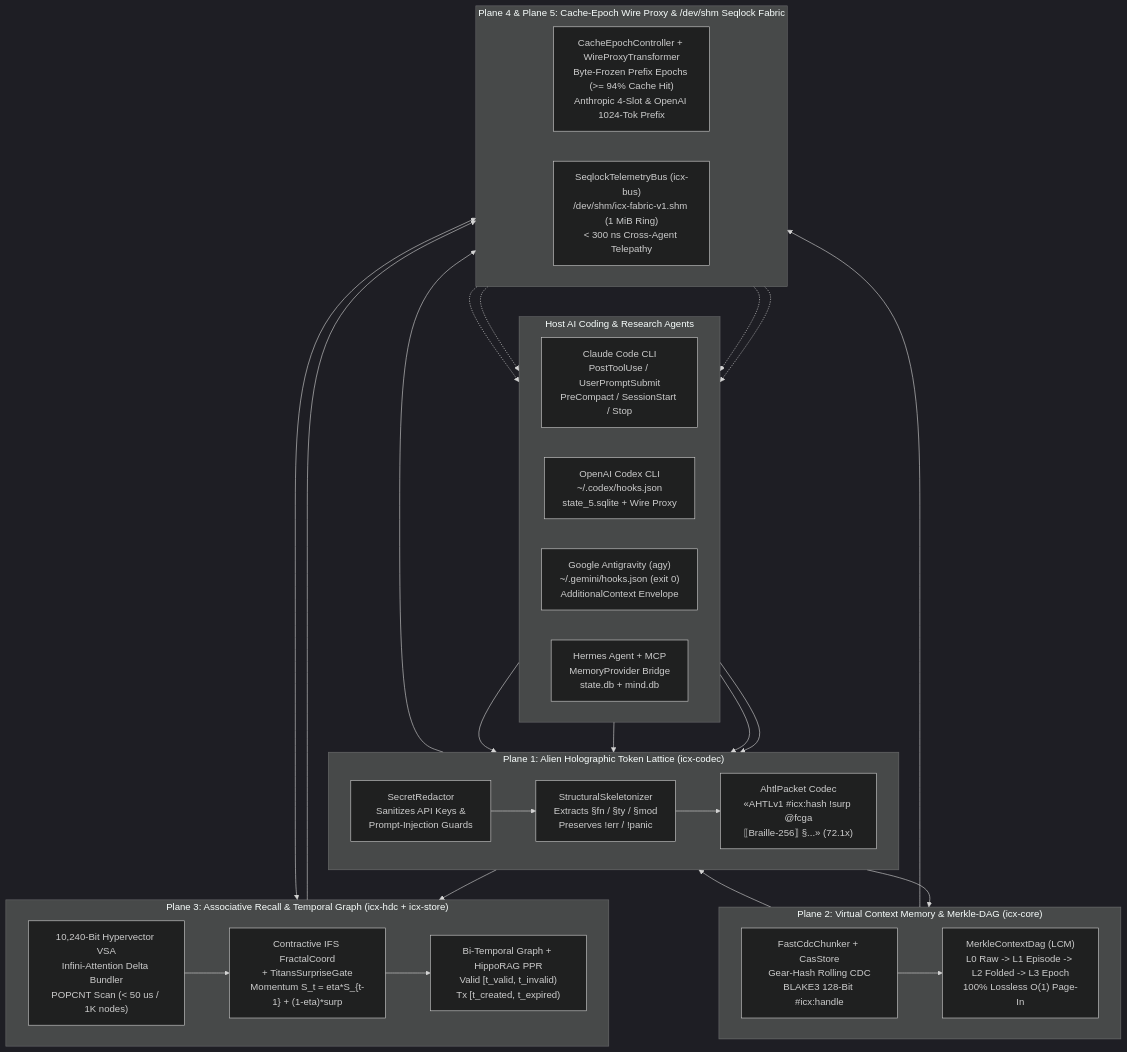
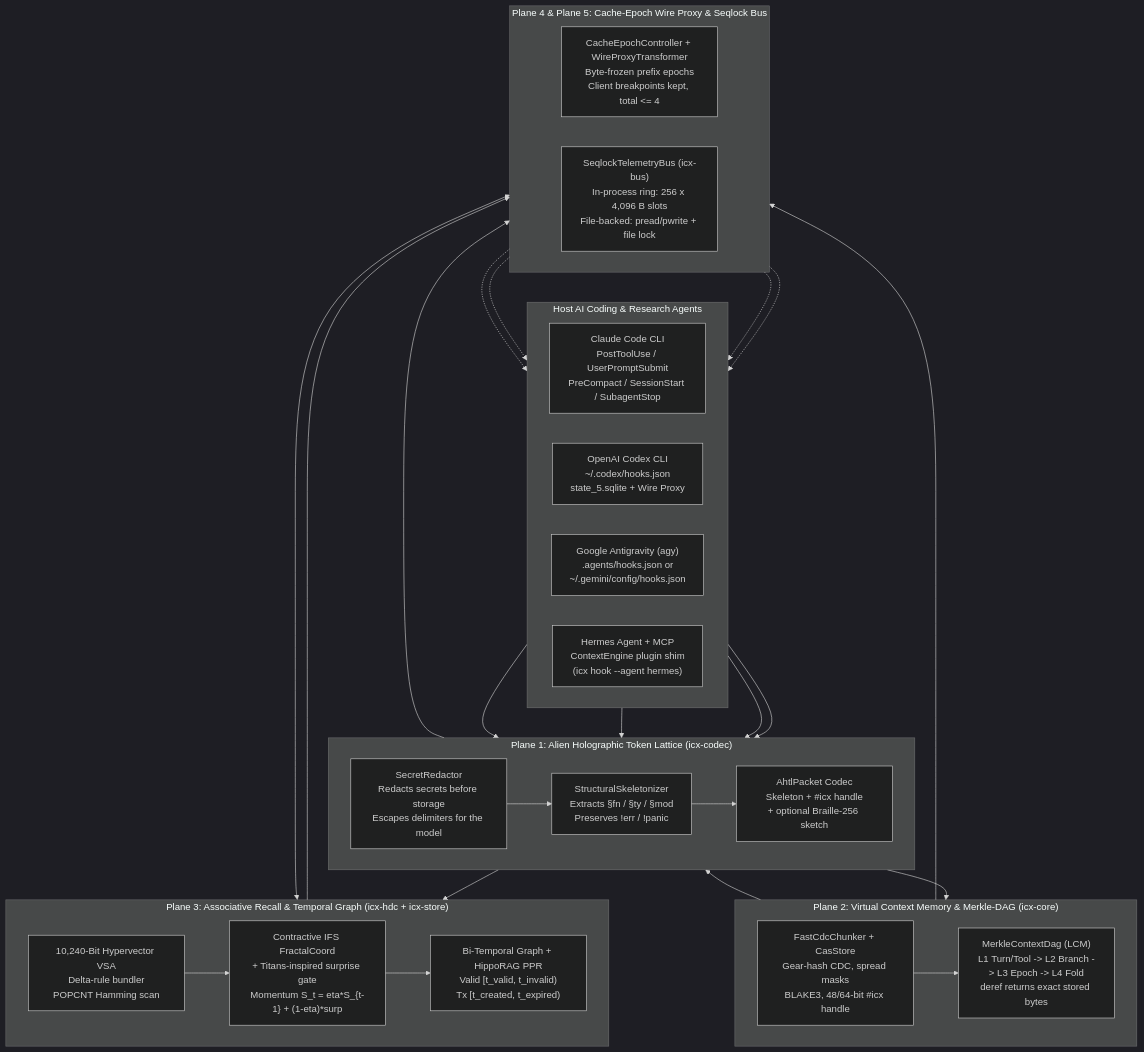
Before and after one commit to doublegate/Infinity-Context: the first of 3 diagrams in README.md, drawn with Mermaid (dark theme). The commit also changed other lines of this file and 146 other files, not shown here.

````diff
--- a/README.md
+++ b/README.md
@@ -130,45 +141,45 @@
 ```mermaid
 flowchart TB
   subgraph AGENTS["Host AI Coding & Research Agents"]
     direction LR
-    CC["Claude Code CLI<br/>PostToolUse / UserPromptSubmit<br/>PreCompact / SessionStart / Stop"]
+    CC["Claude Code CLI<br/>PostToolUse / UserPromptSubmit<br/>PreCompact / SessionStart / SubagentStop"]
     CX["OpenAI Codex CLI<br/>~/.codex/hooks.json<br/>state_5.sqlite + Wire Proxy"]
-    AG["Google Antigravity (agy)<br/>~/.gemini/hooks.json (exit 0)<br/>AdditionalContext Envelope"]
-    HM["Hermes Agent + MCP<br/>MemoryProvider Bridge<br/>state.db + mind.db"]
+    AG["Google Antigravity (agy)<br/>.agents/hooks.json or<br/>~/.gemini/config/hooks.json"]
+    HM["Hermes Agent + MCP<br/>ContextEngine plugin shim<br/>(icx hook --agent hermes)"]
   end
 
   subgraph P1["Plane 1: Alien Holographic Token Lattice (icx-codec)"]
     direction LR
-    RED["SecretRedactor<br/>Sanitizes API Keys &<br/>Prompt-Injection Guards"]
+    RED["SecretRedactor<br/>Redacts secrets before storage<br/>Escapes delimiters for the model"]
     SKEL["StructuralSkeletonizer<br/>Extracts §fn / §ty / §mod<br/>Preserves !err / !panic"]
-    AHTL["AhtlPacket Codec<br/>«AHTLv1 #icx:hash !surp @fcga<br/>⟦Braille-256⟧ §...» (72.1x)"]
+    AHTL["AhtlPacket Codec<br/>Skeleton + #icx handle<br/>+ optional Braille-256 sketch"]
   end
 
   subgraph P2["Plane 2: Virtual Context Memory & Merkle-DAG (icx-core)"]
     direction LR
-    CDC["FastCdcChunker + CasStore<br/>Gear-Hash Rolling CDC<br/>BLAKE3 128-Bit #icx:handle"]
-    DAG["MerkleContextDag (LCM)<br/>L0 Raw -> L1 Episode -> L2 Folded -> L3 Epoch<br/>100% Lossless O(1) Page-In"]
+    CDC["FastCdcChunker + CasStore<br/>Gear-hash CDC, spread masks<br/>BLAKE3, 48/64-bit #icx handle"]
+    DAG["MerkleContextDag (LCM)<br/>L1 Turn/Tool -> L2 Branch -> L3 Epoch -> L4 Fold<br/>deref returns exact stored bytes"]
   end
 
   subgraph P3["Plane 3: Associative Recall & Temporal Graph (icx-hdc + icx-store)"]
     direction LR
-    HDC["10,240-Bit Hypervector VSA<br/>Infini-Attention Delta Bundler<br/>POPCNT Scan (< 50 us / 1K nodes)"]
-    FCGA["Contractive IFS FractalCoord<br/>+ TitansSurpriseGate<br/>Momentum S_t = eta*S_{t-1} + (1-eta)*surp"]
+    HDC["10,240-Bit Hypervector VSA<br/>Delta-rule bundler<br/>POPCNT Hamming scan"]
+    FCGA["Contractive IFS FractalCoord<br/>+ Titans-inspired surprise gate<br/>Momentum S_t = eta*S_{t-1} + (1-eta)*surp"]
     PPR["Bi-Temporal Graph + HippoRAG PPR<br/>Valid [t_valid, t_invalid)<br/>Tx [t_created, t_expired)"]
   end
 
-  subgraph P45["Plane 4 & Plane 5: Cache-Epoch Wire Proxy & /dev/shm Seqlock Fabric"]
+  subgraph P45["Plane 4 & Plane 5: Cache-Epoch Wire Proxy & Seqlock Bus"]
     direction LR
-    EPOCH["CacheEpochController + WireProxyTransformer<br/>Byte-Frozen Prefix Epochs (>= 94% Cache Hit)<br/>Anthropic 4-Slot & OpenAI 1024-Tok Prefix"]
-    SHM["SeqlockTelemetryBus (icx-bus)<br/>/dev/shm/icx-fabric-v1.shm (1 MiB Ring)<br/>< 300 ns Cross-Agent Telepathy"]
+    EPOCH["CacheEpochController + WireProxyTransformer<br/>Byte-frozen prefix epochs<br/>Client breakpoints kept, total <= 4"]
+    SHM["SeqlockTelemetryBus (icx-bus)<br/>In-process ring: 256 x 4,096 B slots<br/>File-backed: pread/pwrite + file lock"]
   end
 
   CC & CX & AG & HM --> RED
   RED --> SKEL --> AHTL
   RED --> CDC --> DAG
   DAG --> AHTL
   AHTL --> HDC --> FCGA --> PPR
   AHTL & PPR & DAG --> EPOCH
   HDC <--> SHM
   SHM -.-> CC & CX & AG & HM
 ```
````
